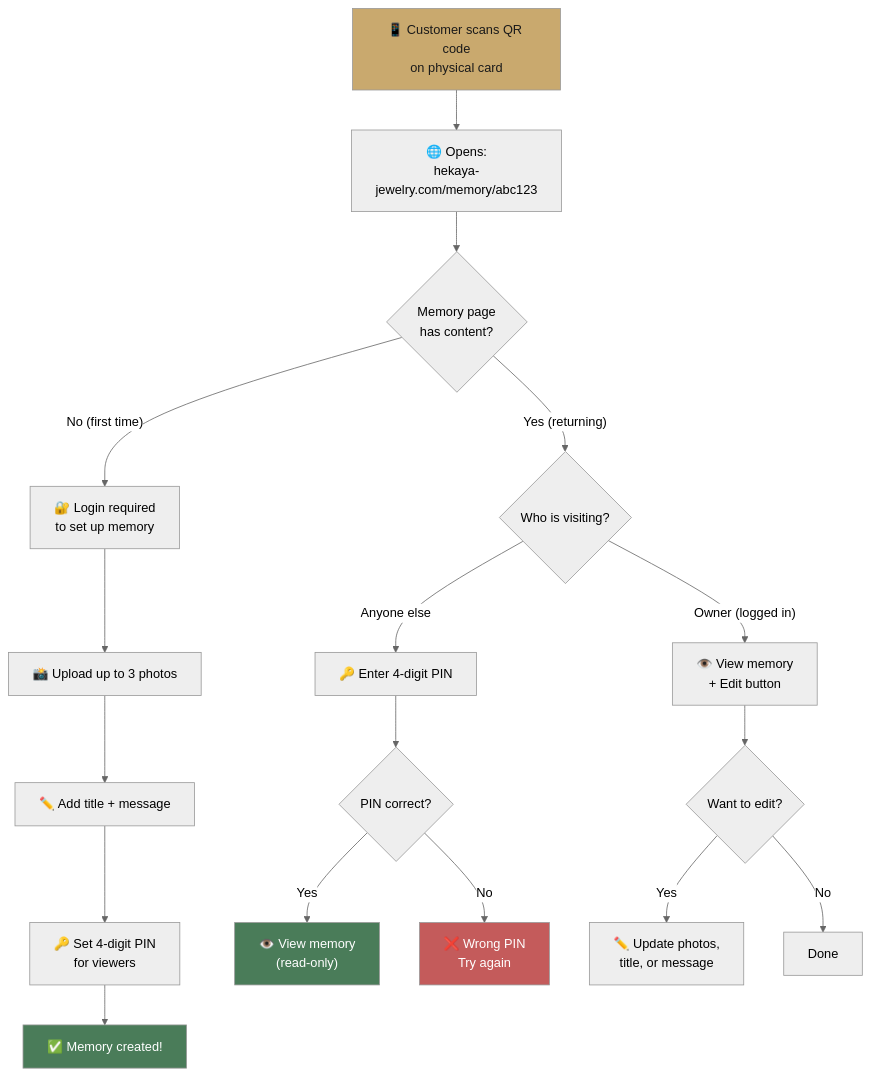
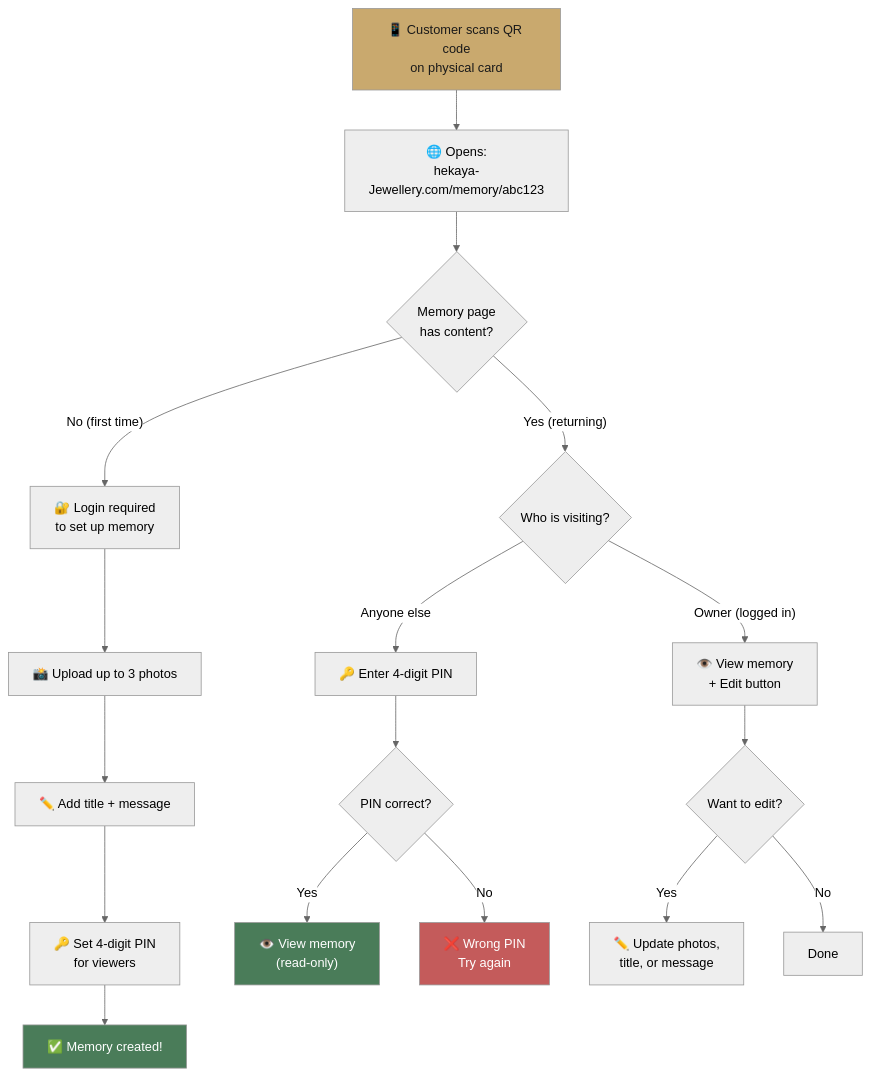
One commit to NourAlmoradi/Hekaya_Jewerlley changed the second of 9 diagrams in PROJECT_WORKFLOW.md. Above: the diagram before and after it, drawn with Mermaid (neutral theme). The commit also changed other lines of this file and 12 other files, not shown here.

Commit message:
Rename 'jewelry' to 'jewellery' across all files

````diff
--- a/PROJECT_WORKFLOW.md
+++ b/PROJECT_WORKFLOW.md
@@ -76,27 +76,27 @@
 ```mermaid
 flowchart TD
-    A["📱 Customer scans QR code\non physical card"] --> B["🌐 Opens:\nhekaya-jewelry.com/memory/abc123"]
+    A["📱 Customer scans QR code\non physical card"] --> B["🌐 Opens:\nhekaya-Jewellery.com/memory/abc123"]
     B --> C{"Memory page\nhas content?"}
     
     C -->|"No (first time)"| D["🔐 Login required\nto set up memory"]
     D --> E["📸 Upload up to 3 photos"]
     E --> F["✏️ Add title + message"]
     F --> G["🔑 Set 4-digit PIN\nfor viewers"]
     G --> H["✅ Memory created!"]
     
     C -->|"Yes (returning)"| I{"Who is visiting?"}
     I -->|"Owner (logged in)"| J["👁️ View memory\n+ Edit button"]
     I -->|"Anyone else"| K["🔑 Enter 4-digit PIN"]
     K --> L{"PIN correct?"}
     L -->|Yes| M["👁️ View memory\n(read-only)"]
     L -->|No| N["❌ Wrong PIN\nTry again"]
     
     J --> O{"Want to edit?"}
     O -->|Yes| P["✏️ Update photos,\ntitle, or message"]
     O -->|No| Q["Done"]
 
     style A fill:#C9A96E,color:#1A1A1A
     style H fill:#4A7C59,color:white
     style M fill:#4A7C59,color:white
     style N fill:#C45B5B,color:white
 ```
````
